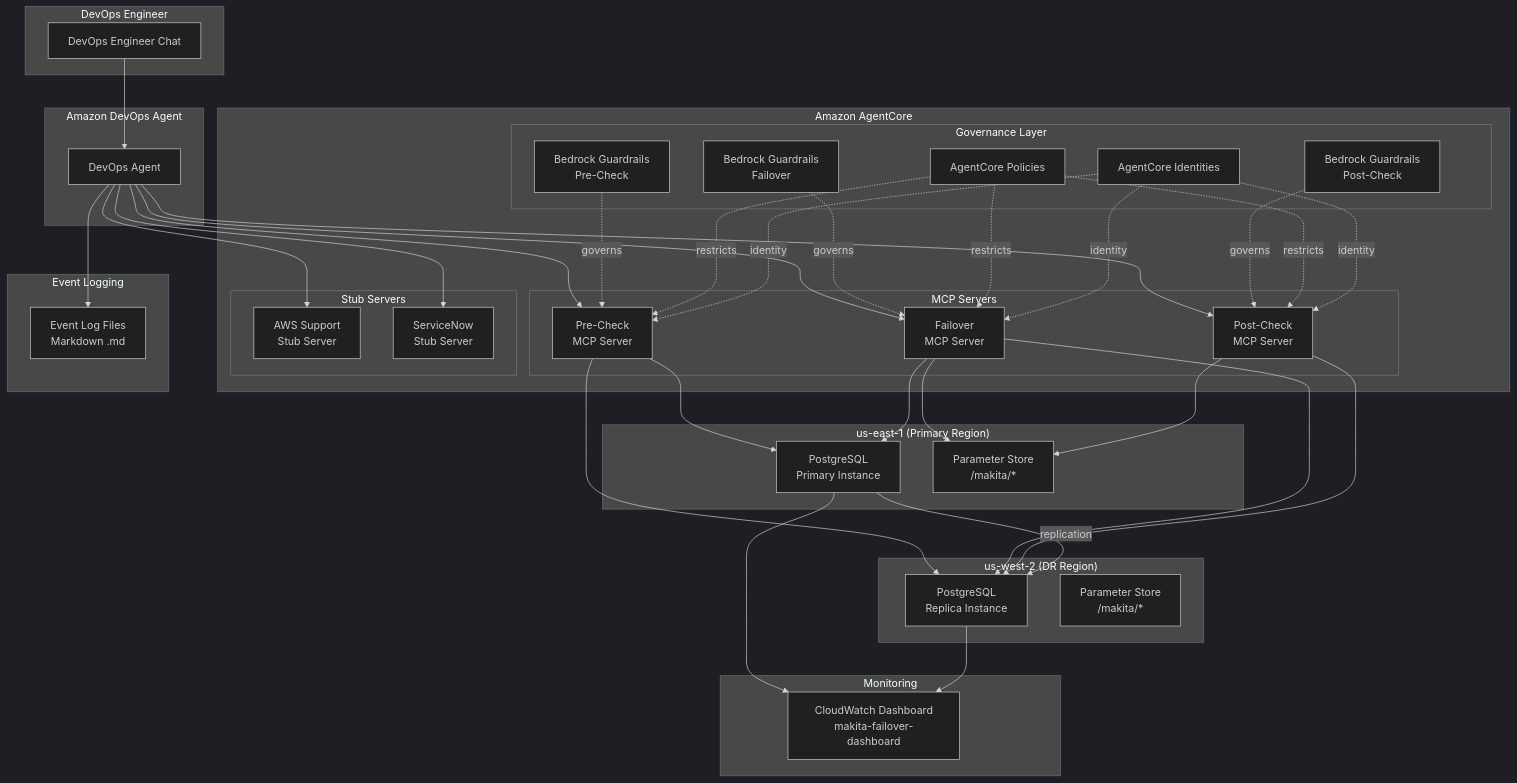
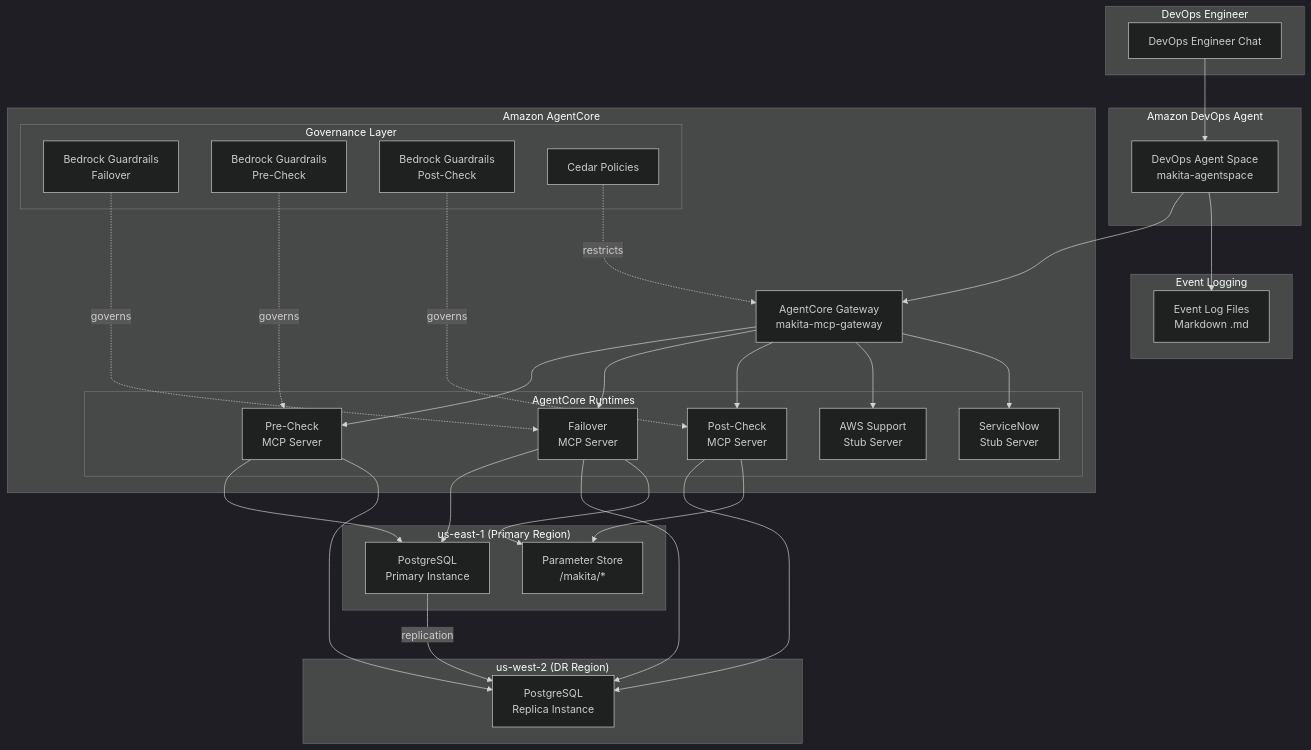
Before and after one commit to aws-samples/sample-support-data-analysis-with-bedrock: the first of 2 diagrams in makita/.kiro/specs/makita/design.md, drawn with Mermaid (dark theme). The commit also changed other lines of this file and 2 other files, not shown here.

````diff
--- a/makita/.kiro/specs/makita/design.md
+++ b/makita/.kiro/specs/makita/design.md
@@ -22,79 +22,66 @@
 ```mermaid
 graph TB
     subgraph "DevOps Engineer"
         User[DevOps Engineer Chat]
     end
 
     subgraph "Amazon DevOps Agent"
-        DA[DevOps Agent]
+        DA[DevOps Agent Space<br/>makita-agentspace]
     end
 
     subgraph "Amazon AgentCore"
+        GW[AgentCore Gateway<br/>makita-mcp-gateway]
+
         subgraph "Governance Layer"
             BG_F[Bedrock Guardrails<br/>Failover]
             BG_Pre[Bedrock Guardrails<br/>Pre-Check]
             BG_Post[Bedrock Guardrails<br/>Post-Check]
-            AP[AgentCore Policies]
-            AI[AgentCore Identities]
+            CP[Cedar Policies]
         end
 
-        subgraph "MCP Servers"
+        subgraph "AgentCore Runtimes"
             PreMCP[Pre-Check<br/>MCP Server]
             FailMCP[Failover<br/>MCP Server]
             PostMCP[Post-Check<br/>MCP Server]
-        end
-
-        subgraph "Stub Servers"
             AWSS[AWS Support<br/>Stub Server]
             SNS[ServiceNow<br/>Stub Server]
         end
     end
 
     subgraph "us-east-1 (Primary Region)"
         PG_Primary[PostgreSQL<br/>Primary Instance]
         PS1[Parameter Store<br/>/makita/*]
     end
 
     subgraph "us-west-2 (DR Region)"
         PG_Replica[PostgreSQL<br/>Replica Instance]
-        PS2[Parameter Store<br/>/makita/*]
-    end
-
-    subgraph "Monitoring"
-        CWD[CloudWatch Dashboard<br/>makita-failover-dashboard]
     end
 
     subgraph "Event Logging"
         ELF[Event Log Files<br/>Markdown .md]
     end
 
     User --> DA
-    DA --> PreMCP
-    DA --> FailMCP
-    DA --> PostMCP
-    DA --> AWSS
-    DA --> SNS
-    DA --> ELF
+    DA --> GW
+    GW --> PreMCP
+    GW --> FailMCP
+    GW --> PostMCP
+    GW --> AWSS
+    GW --> SNS
 
+    CP -.->|restricts| GW
     BG_F -.->|governs| FailMCP
     BG_Pre -.->|governs| PreMCP
     BG_Post -.->|governs| PostMCP
-    AP -.->|restricts| PreMCP
-    AP -.->|restricts| FailMCP
-    AP -.->|restricts| PostMCP
-    AI -.->|identity| PreMCP
-    AI -.->|identity| FailMCP
-    AI -.->|identity| PostMCP
 
     PreMCP --> PG_Primary
     PreMCP --> PG_Replica
     FailMCP --> PG_Primary
     FailMCP --> PG_Replica
     FailMCP --> PS1
     PostMCP --> PG_Replica
     PostMCP --> PS1
+    DA --> ELF
 
     PG_Primary -->|replication| PG_Replica
-    PG_Primary --> CWD
-    PG_Replica --> CWD
 ```
````
